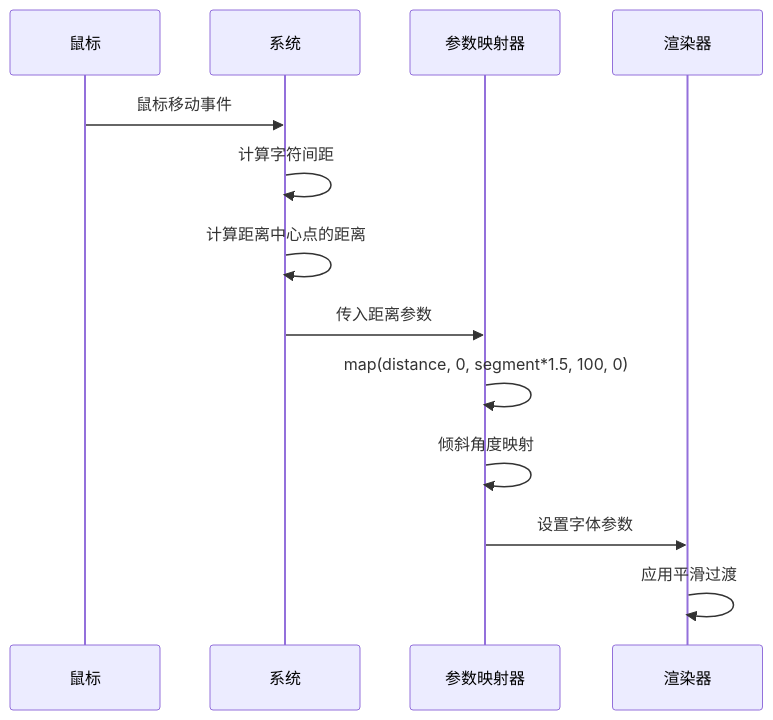
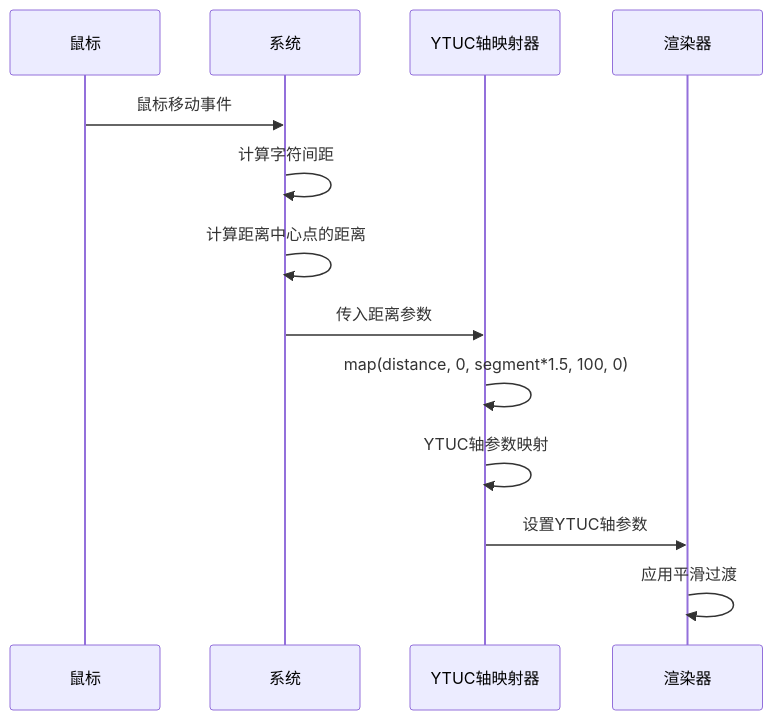
Before and after one commit to db300/MySymphosizer: the fifth of 9 diagrams in .qoder/repowiki/zh/content/核心架构设计/字体渲染引擎/字体轴参数控制.md, drawn with Mermaid. The commit also changed other lines of this file and 5 other files, not shown here.

````diff
--- a/.qoder/repowiki/zh/content/核心架构设计/字体渲染引擎/字体轴参数控制.md
+++ b/.qoder/repowiki/zh/content/核心架构设计/字体渲染引擎/字体轴参数控制.md
@@ -204,15 +201,15 @@
 ```mermaid
 sequenceDiagram
 participant Mouse as 鼠标
 participant System as 系统
-participant Mapper as 参数映射器
+participant Mapper as YTUC轴映射器
 participant Renderer as 渲染器
 Mouse->>System : 鼠标移动事件
 System->>System : 计算字符间距
 System->>System : 计算距离中心点的距离
 System->>Mapper : 传入距离参数
 Mapper->>Mapper : map(distance, 0, segment*1.5, 100, 0)
-Mapper->>Mapper : 倾斜角度映射
-Mapper->>Renderer : 设置字体参数
+Mapper->>Mapper : YTUC轴参数映射
+Mapper->>Renderer : 设置YTUC轴参数
 Renderer->>Renderer : 应用平滑过渡
 ```
````
